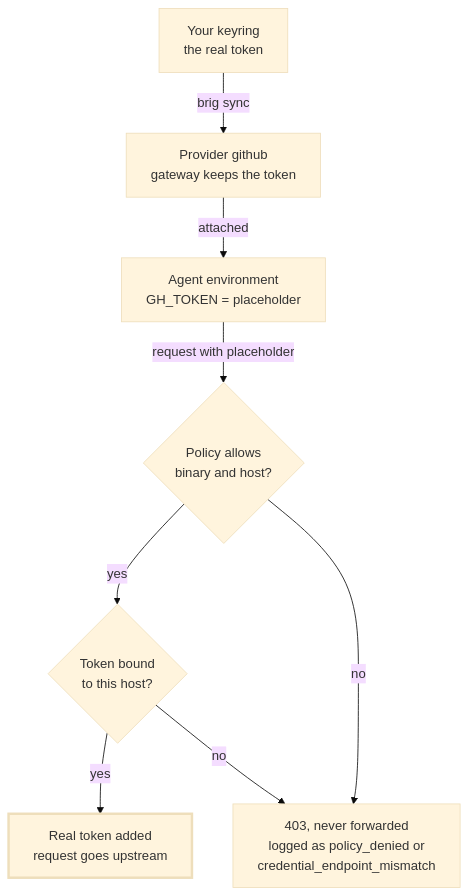
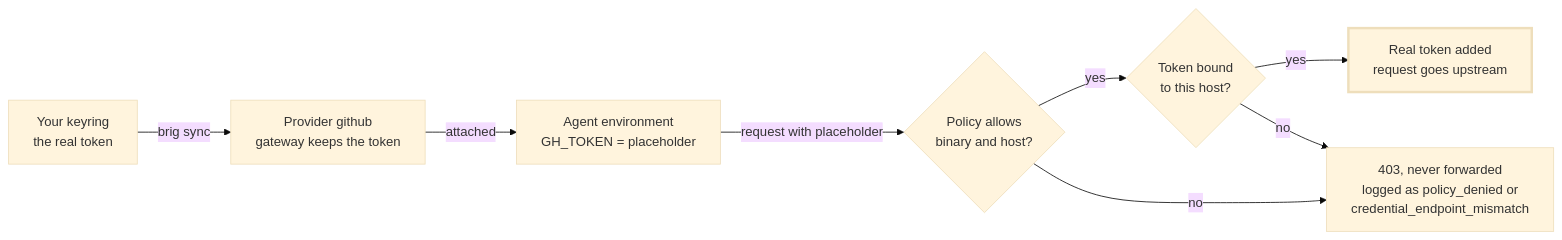
The second of 2 diagrams in docs/openshell.md (dennisklein/brig), drawn with Mermaid (base theme) before and after one commit. The commit also changed other lines of this file, not shown here.

First line of the commit message:
docs(openshell): lay out guide diagrams left to right

````diff
--- a/docs/openshell.md
+++ b/docs/openshell.md
@@ -102,11 +108,11 @@
 ```mermaid
-flowchart TB
+flowchart LR
   keyring["Your keyring<br/>the real token"] -- "brig sync" --> provider["Provider github<br/>gateway keeps the token"]
   provider -- attached --> env["Agent environment<br/>GH_TOKEN = placeholder"]
   env -- "request with placeholder" --> policy{"Policy allows<br/>binary and host?"}
   policy -- yes --> binding{"Token bound<br/>to this host?"}
   binding -- yes --> sent["Real token added<br/>request goes upstream"]
   policy -- no --> denied["403, never forwarded<br/>logged as policy_denied or<br/>credential_endpoint_mismatch"]
   binding -- no --> denied
   style sent stroke-width:3px
 ```
````
